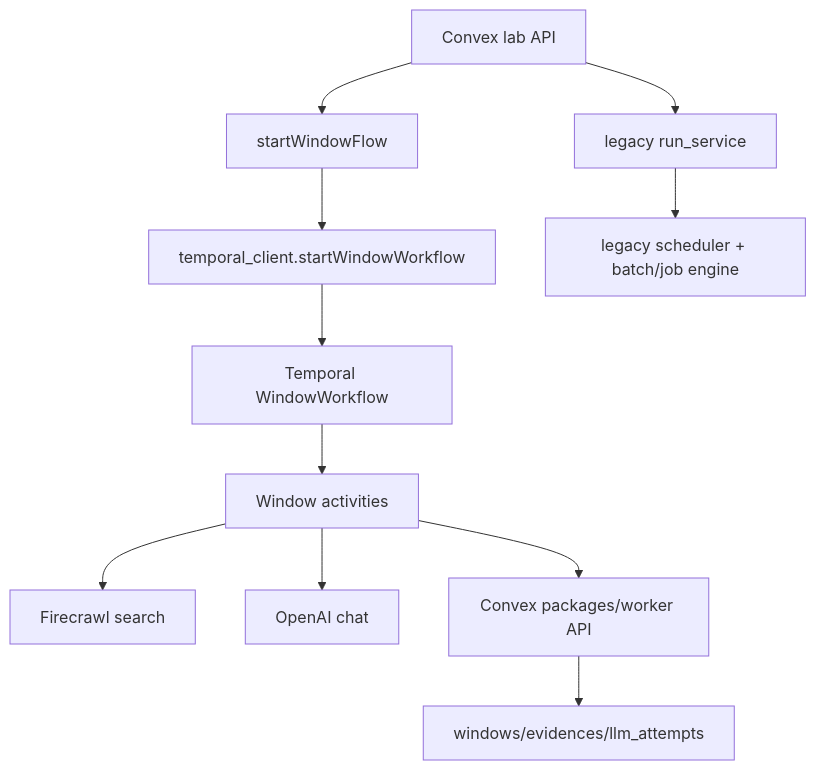
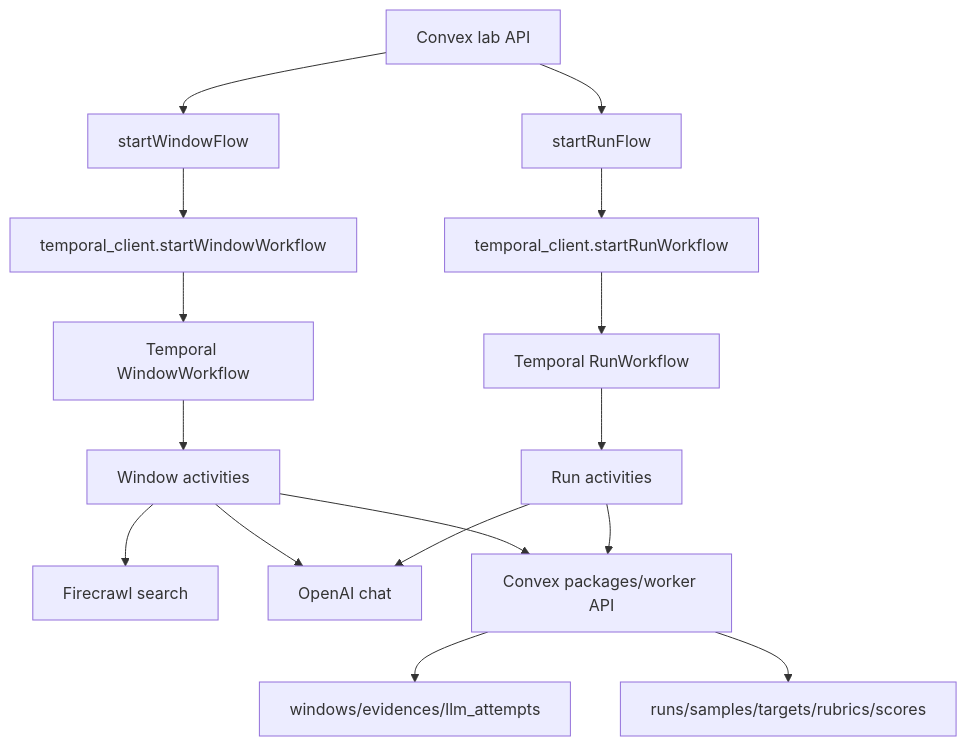
The first of 5 diagrams in README.md (theonetruejesse/judge-gym), drawn with Mermaid before and after one commit. The commit also changed other lines of this file and 14 other files, not shown here.

Commit message:
Migrate run workflow to Temporal

````diff
--- a/README.md
+++ b/README.md
@@ -250,13 +250,18 @@
 ```mermaid
 flowchart TD
   Lab[Convex lab API] --> StartWindow[startWindowFlow]
   StartWindow --> TemporalStart[temporal_client.startWindowWorkflow]
   TemporalStart --> WindowWorkflow[Temporal WindowWorkflow]
   WindowWorkflow --> WindowActivities[Window activities]
   WindowActivities --> Firecrawl[Firecrawl search]
   WindowActivities --> OpenAI[OpenAI chat]
   WindowActivities --> WorkerApi[Convex packages/worker API]
   WorkerApi --> WindowTables[windows/evidences/llm_attempts]
-  Lab --> RunService[legacy run_service]
-  RunService --> Scheduler[legacy scheduler + batch/job engine]
+  Lab --> StartRun[startRunFlow]
+  StartRun --> RunTemporalStart[temporal_client.startRunWorkflow]
+  RunTemporalStart --> RunWorkflow[Temporal RunWorkflow]
+  RunWorkflow --> RunActivities[Run activities]
+  RunActivities --> OpenAI
+  RunActivities --> WorkerApi
+  WorkerApi --> RunTables[runs/samples/targets/rubrics/scores]
 ```
````
